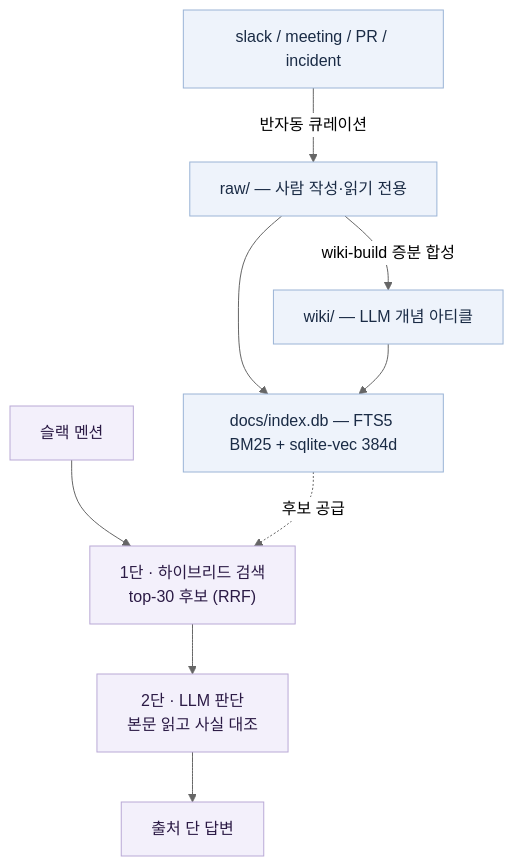
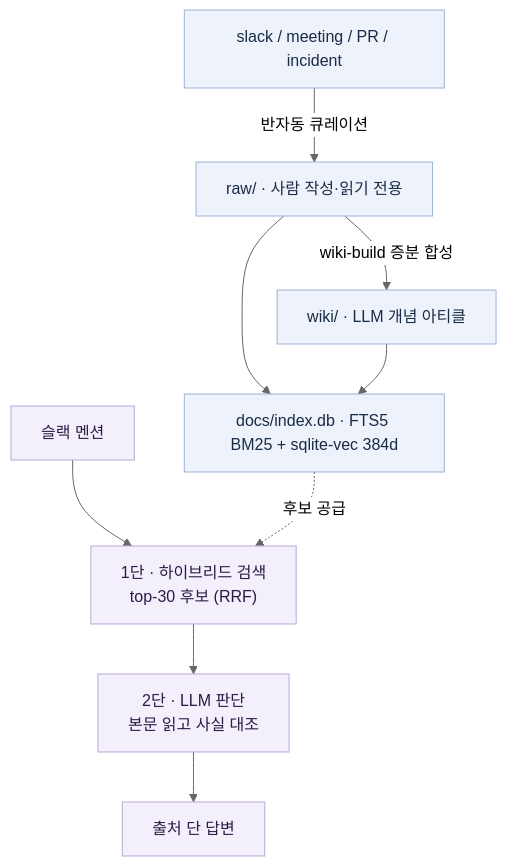
Before and after one commit to taehyunan-99/teambrain: the diagram in README.md, drawn with Mermaid (neutral theme). The commit also changed other lines of this file, not shown here.

````diff
--- a/README.md
+++ b/README.md
@@ -52,25 +52,25 @@
 ```mermaid
 flowchart TB
     SRC["slack / meeting / PR / incident"]
-    RAW["raw/ — 사람 작성·읽기 전용"]
-    WIKI["wiki/ — LLM 개념 아티클"]
-    IDX["docs/index.db — FTS5 BM25 + sqlite-vec 384d"]
+    RAW["raw/ · 사람 작성·읽기 전용"]
+    WIKI["wiki/ · LLM 개념 아티클"]
+    IDX["docs/index.db · FTS5 BM25 + sqlite-vec 384d"]
     Q["슬랙 멘션"]
     S1["1단 · 하이브리드 검색<br/>top-30 후보 (RRF)"]
     S2["2단 · LLM 판단<br/>본문 읽고 사실 대조"]
     A["출처 단 답변"]
 
     SRC -->|반자동 큐레이션| RAW
     RAW -->|wiki-build 증분 합성| WIKI
     RAW --> IDX
     WIKI --> IDX
 
     Q --> S1
     IDX -.후보 공급.-> S1
     S1 --> S2 --> A
 
     classDef data fill:#eef3fb,stroke:#9bb4d6,color:#1a2b45;
     classDef qa fill:#f3f0fb,stroke:#b9a9d6,color:#2b1a45;
     class SRC,RAW,WIKI,IDX data;
     class Q,S1,S2,A qa;
 ```
````
